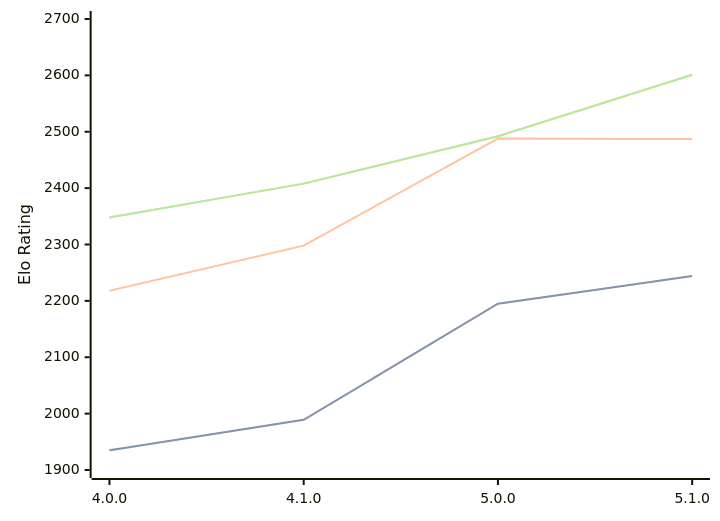
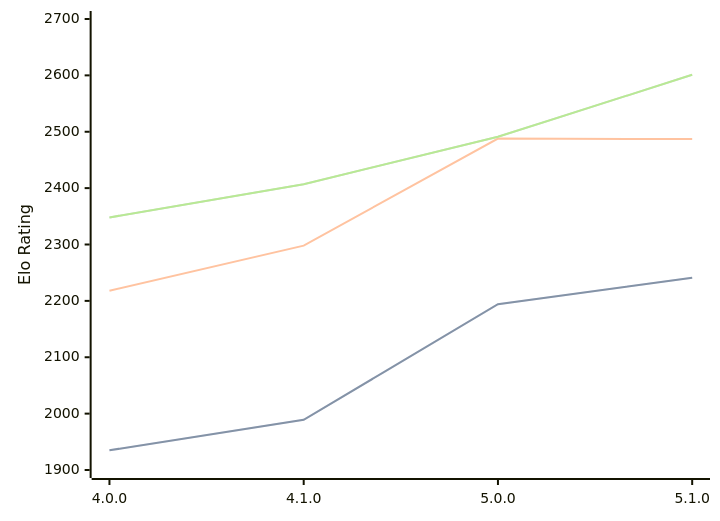
Before and after one commit to computer-chess-index/cci: the diagram in engines/Aconcagua.md, drawn with Mermaid. The commit also changed other lines of this file, not shown here.

Commit message:
Update CCI Ratings (ELO VLTC) - 2026-04-16

````diff
--- a/engines/Aconcagua.md
+++ b/engines/Aconcagua.md
@@ -43,11 +43,11 @@
 ```mermaid
 %%{init: {"theme":"base","themeVariables":{"seriesColors:['#a3a3a3','#222221','#faa371']}}}%%
 xychart-beta
   x-axis ["4.0.0", "4.1.0", "5.0.0", "5.1.0"]
   y-axis "Elo Rating" 1900 --> 2700
-  line "STC (8.0+0.08s)" [1935, 1989, 2195, 2244]
-  line "STC (8.0+0.08s)" [1935, 1989, 2195, 2244]
+  line "STC (8.0+0.08s)" [1935, 1989, 2194, 2241]
+  line "STC (8.0+0.08s)" [1935, 1989, 2194, 2241]
   line "LTC (60.0+0.60s)" [2218, 2298, 2488, 2487]
-  line "VLTC (2m24s+1.12s)" [2348, 2408, 2492, 2601]
-  line "VLTC (2m24s+1.12s)" [2348, 2408, 2492, 2601]
+  line "VLTC (2m24s+1.12s)" [2348, 2407, 2491, 2601]
+  line "VLTC (2m24s+1.12s)" [2348, 2407, 2491, 2601]
 ```
````
